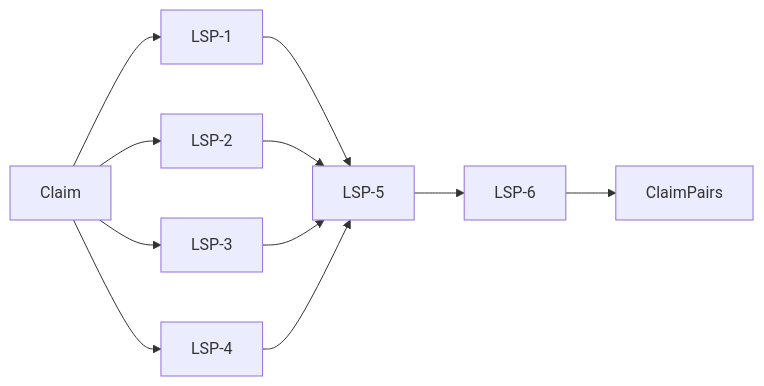
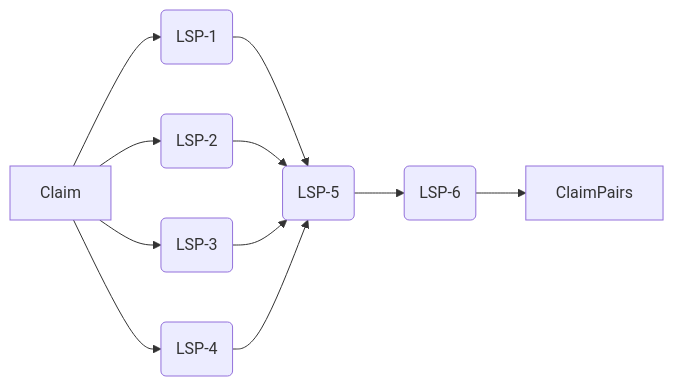
Before and after one commit to debatelab/evidence-seeker: the second of 2 diagrams in README.md, drawn with Mermaid.

````diff
--- a/README.md
+++ b/README.md
@@ -27,13 +27,13 @@
 ```mermaid
 graph LR;
-    Claim --> LSP-1;
-    Claim --> LSP-2;
-    Claim --> LSP-3;
-    Claim --> LSP-4;
-    LSP-1 --> LSP-5;
-    LSP-2 --> LSP-5;
-    LSP-3 --> LSP-5;
-    LSP-4 --> LSP-5;
-    LSP-5 --> LSP-6;
-    LSP-6 --> ClaimPairs;
+    C[Claim] --> LSP1(LSP-1);
+    C --> LSP2(LSP-2);
+    C --> LSP3(LSP-3);
+    C --> LSP4(LSP-4);
+    LSP1 --> LSP5(LSP-5);
+    LSP2 --> LSP5;
+    LSP3 --> LSP5;
+    LSP4 --> LSP5;
+    LSP5 --> LSP6(LSP-6);
+    LSP6 --> ClaimPairs;
 ```
````
